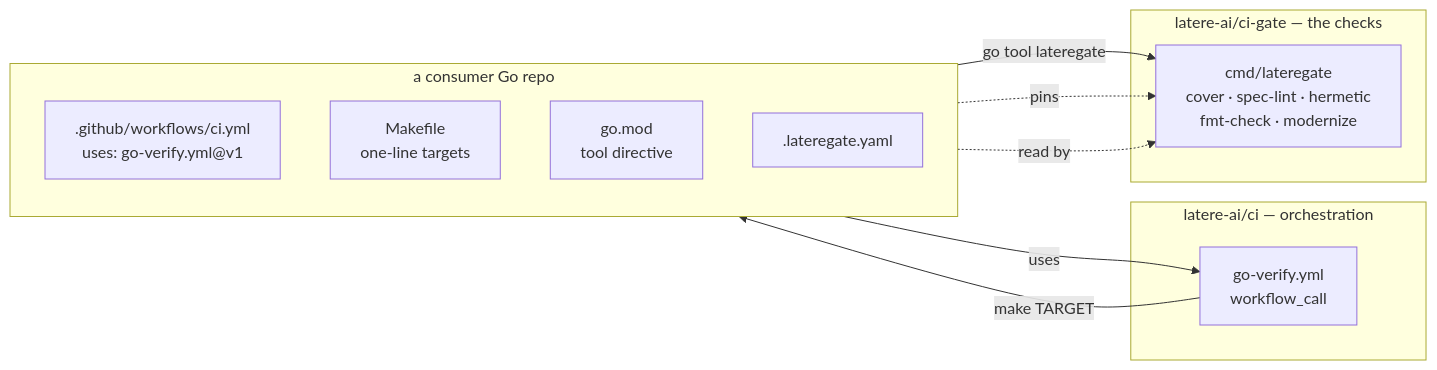
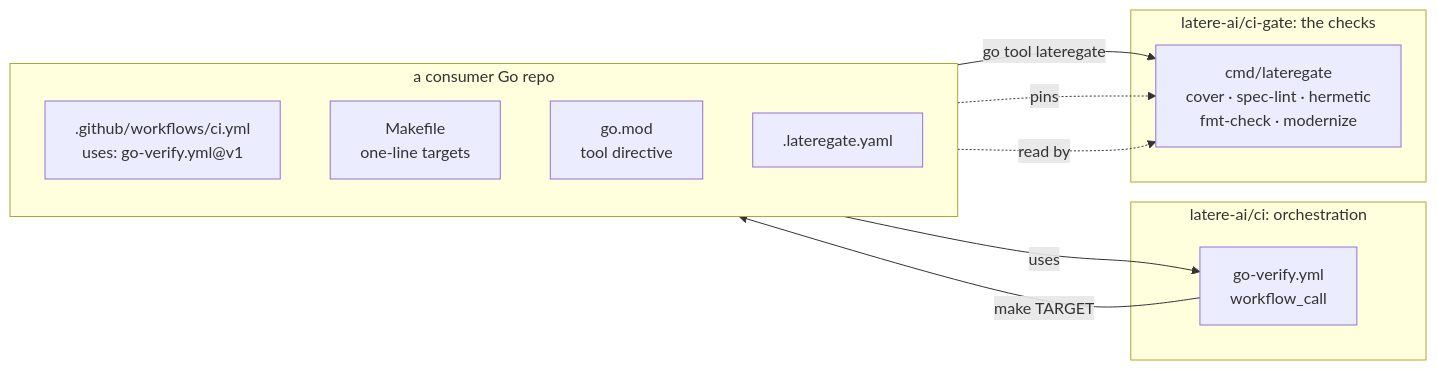
One commit to latere-ai/ci changed the diagram in specs/go-verify-pipeline.md. Above: the diagram before and after it, drawn with Mermaid. The commit also changed other lines of this file, not shown here.

````diff
--- a/specs/go-verify-pipeline.md
+++ b/specs/go-verify-pipeline.md
@@ -102,22 +103,22 @@
 ```mermaid
 flowchart LR
   subgraph consumer["a consumer Go repo"]
     direction TB
     caller[".github/workflows/ci.yml<br/>uses: go-verify.yml@v1"]
     mk["Makefile<br/>one-line targets"]
     gomod["go.mod<br/>tool directive"]
     cfg[".lateregate.yaml"]
   end
-  subgraph ciRepo["latere-ai/ci — orchestration"]
+  subgraph ciRepo["latere-ai/ci: orchestration"]
     wf["go-verify.yml<br/>workflow_call"]
   end
-  subgraph gate["latere-ai/ci-gate — the checks"]
+  subgraph gate["latere-ai/ci-gate: the checks"]
     bin["cmd/lateregate<br/>cover · spec-lint · hermetic<br/>fmt-check · modernize"]
   end
 
   caller -->|uses| wf
   wf -->|"make TARGET"| mk
   mk -->|go tool lateregate| bin
   gomod -.->|pins| bin
   cfg -.->|read by| bin
 ```
````
